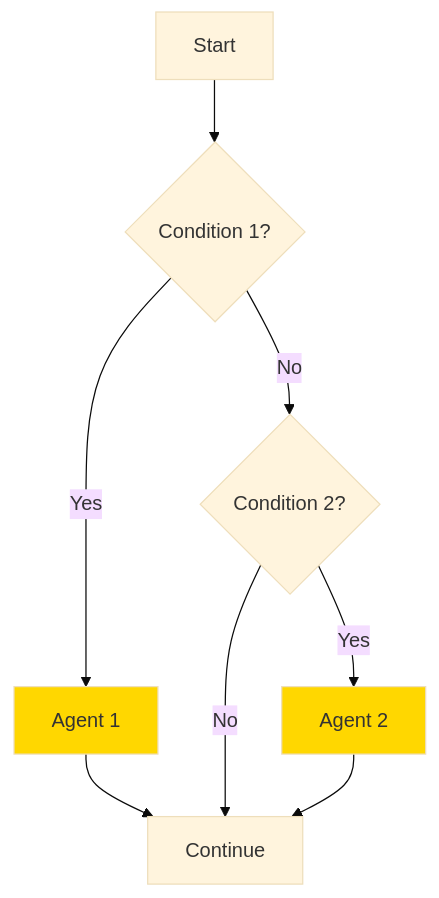
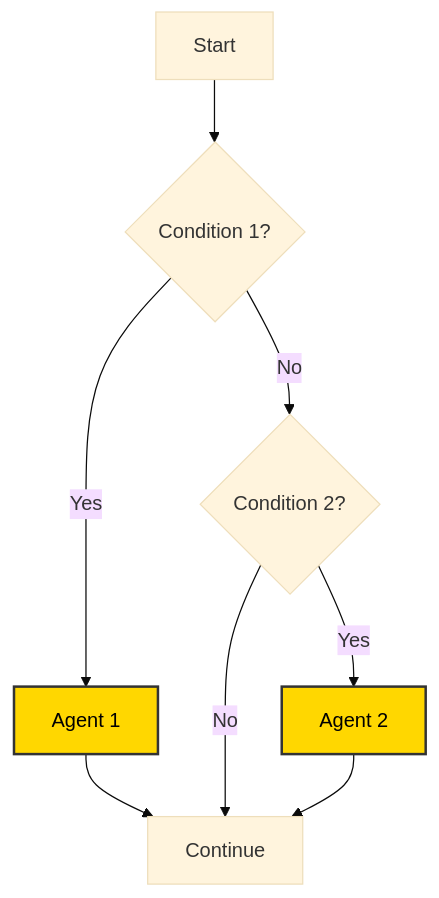
One commit to quarkusio/quarkus-workshop-langchain4j changed the third of 6 diagrams in docs/docs/section-2/step-02.md. Above: the diagram before and after it, drawn with Mermaid (base theme). The commit also changed other lines of this file and 6 other files, not shown here.

Commit message:
update docs for better flow, and fix diagrams (#301)

````diff
--- a/docs/docs/section-2/step-02.md
+++ b/docs/docs/section-2/step-02.md
@@ -97,12 +97,12 @@
 ```mermaid
 graph TD
-    Start[Start] --> Check1{Condition 1?}
-    Check1 -->|Yes| A[Agent 1]
-    Check1 -->|No| Check2{Condition 2?}
-    A --> End[Continue]
-    Check2 -->|Yes| B[Agent 2]
+    Start["Start"] --> Check1{"Condition 1?"}
+    Check1 -->|Yes| A["Agent 1"]
+    Check1 -->|No| Check2{"Condition 2?"}
+    A --> End["Continue"]
+    Check2 -->|Yes| B["Agent 2"]
     Check2 -->|No| End
     B --> End
-    style A fill:#FFD700
-    style B fill:#FFD700
+    style A fill:#FFD700,stroke:#333,stroke-width:2,color:#000
+    style B fill:#FFD700,stroke:#333,stroke-width:2,color:#000
 ```
````
